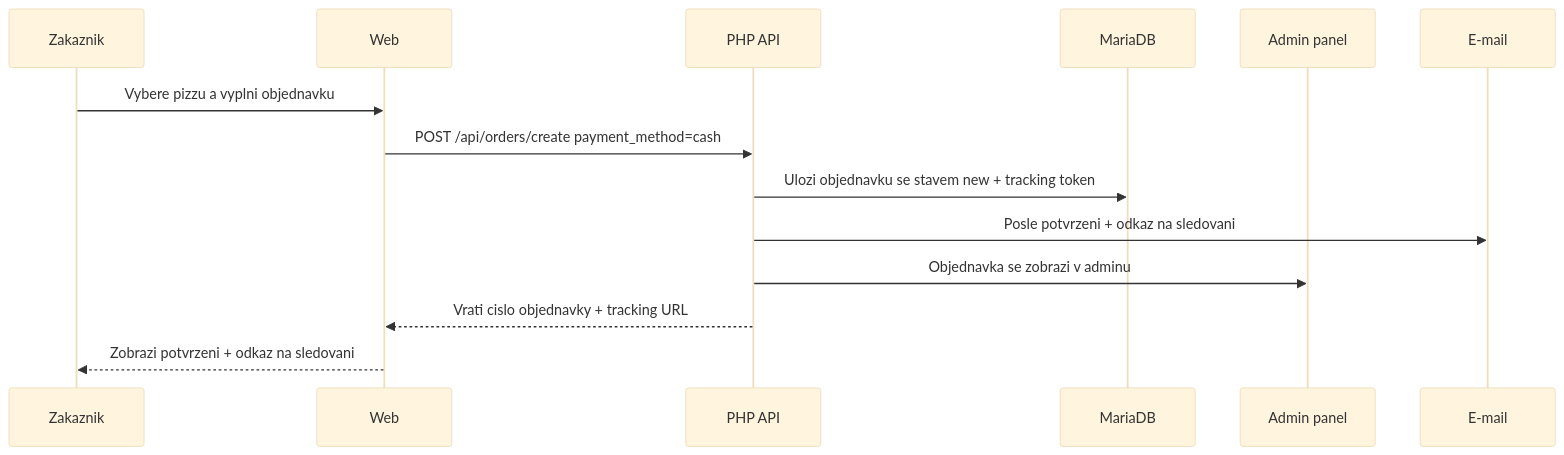
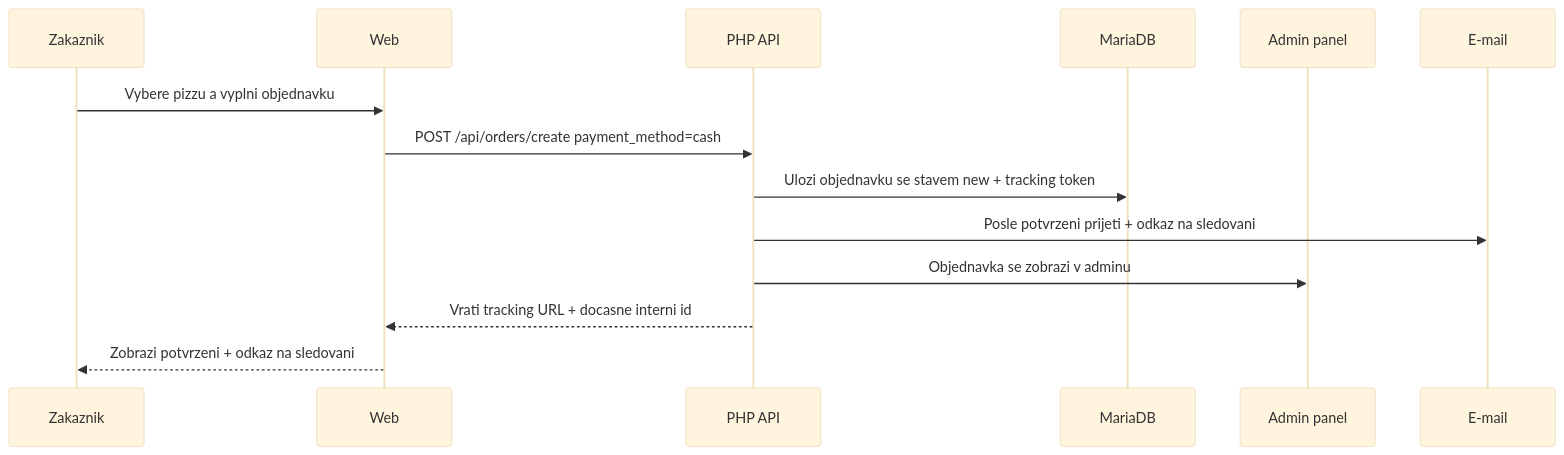
One commit to Poracanin/pizza-bellizzi changed the second of 18 diagrams in ARCHITEKTURA.md. Above: the diagram before and after it, drawn with Mermaid (base theme). The commit also changed other lines of this file and 3 other files, not shown here.

````diff
--- a/ARCHITEKTURA.md
+++ b/ARCHITEKTURA.md
@@ -52,17 +56,17 @@
 ```mermaid
 sequenceDiagram
   participant Z as Zakaznik
   participant W as Web
   participant API as PHP API
   participant DB as MariaDB
   participant A as Admin panel
   participant M as E-mail
 
   Z->>W: Vybere pizzu a vyplni objednavku
   W->>API: POST /api/orders/create payment_method=cash
   API->>DB: Ulozi objednavku se stavem new + tracking token
-  API->>M: Posle potvrzeni + odkaz na sledovani
+  API->>M: Posle potvrzeni prijeti + odkaz na sledovani
   API->>A: Objednavka se zobrazi v adminu
-  API-->>W: Vrati cislo objednavky + tracking URL
+  API-->>W: Vrati tracking URL + docasne interni id
   W-->>Z: Zobrazi potvrzeni + odkaz na sledovani
 ```
````
